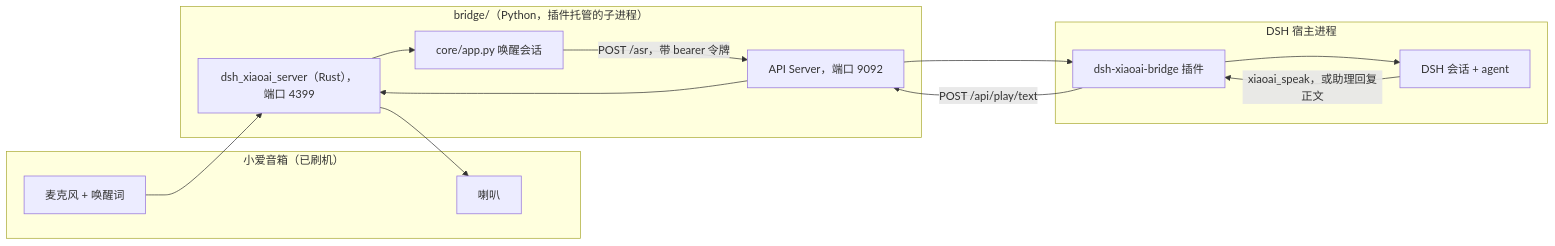
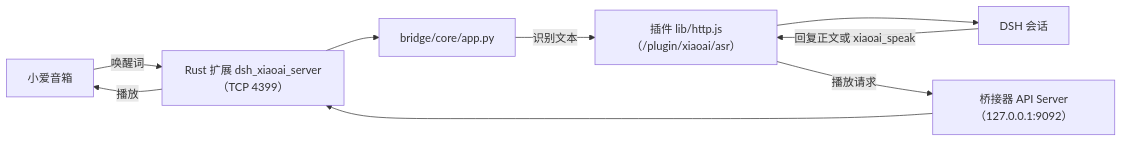
One commit to OMSociety/dsh-xiaoai-bridge changed the diagram in README.md. Above: the diagram before and after it, drawn with Mermaid. The commit also changed other lines of this file and 1 other file, not shown here.

````diff
--- a/README.md
+++ b/README.md
@@ -43,25 +109,11 @@
 ```mermaid
 flowchart LR
-  subgraph DEV["小爱音箱（已刷机）"]
-    MIC["麦克风 + 唤醒词"]
-    SPK["喇叭"]
-  end
-  subgraph BR["bridge/（Python，插件托管的子进程）"]
-    RUST["dsh_xiaoai_server（Rust），端口 4399"]
-    APP["core/app.py 唤醒会话"]
-    API["API Server，端口 9092"]
-  end
-  subgraph HOST["DSH 宿主进程"]
-    PLUGIN["dsh-xiaoai-bridge 插件"]
-    SESSION["DSH 会话 + agent"]
-  end
-  MIC --> RUST
-  RUST --> APP
-  APP -->|"POST /asr，带 bearer 令牌"| API
-  API --> PLUGIN
-  PLUGIN --> SESSION
-  SESSION -->|"xiaoai_speak，或助理回复正文"| PLUGIN
-  PLUGIN -->|"POST /api/play/text"| API
-  API --> RUST
-  RUST --> SPK
+    Spk[小爱音箱] -- 唤醒词 --> Rust
+    Rust["Rust 扩展 dsh_xiaoai_server（TCP 4399）"] --> App["bridge/core/app.py"]
+    App -- 识别文本 --> Http["插件 lib/http.js（/plugin/xiaoai/asr）"]
+    Http --> Session["DSH 会话"]
+    Session -- 回复正文或 xiaoai_speak --> Http
+    Http -- 播放请求 --> Api["桥接器 API Server（127.0.0.1:9092）"]
+    Api --> Rust
+    Rust -- 播放 --> Spk
 ```
````
